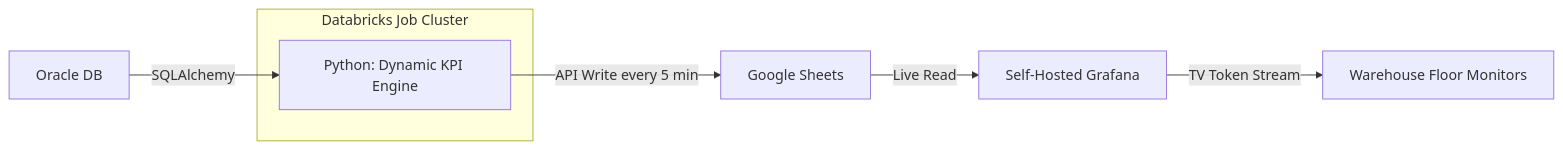
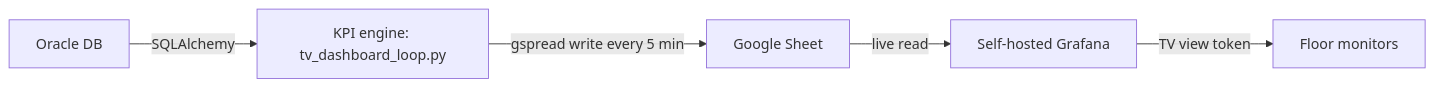
Before and after one commit to Hari-prasanna/work-prod-projects: the diagram in prod-projects/databricks-pipelines/realtime-data-stream/README.md, drawn with Mermaid. The commit also changed other lines of this file and 46 other files, not shown here.

````diff
--- a/prod-projects/databricks-pipelines/realtime-data-stream/README.md
+++ b/prod-projects/databricks-pipelines/realtime-data-stream/README.md
@@ -26,12 +14,7 @@
 ```mermaid
 graph LR
-    A[Oracle DB] -->|SQLAlchemy| B
-
-    subgraph Databricks Job Cluster
-    B[Python: Dynamic KPI Engine]
-    end
-
-    B -->|API Write every 5 min| C[Google Sheets]
-    C -->|Live Read| D[Self-Hosted Grafana]
-    D -->|TV Token Stream| E[Warehouse Floor Monitors]
+    A[Oracle DB] -->|SQLAlchemy| B[KPI engine: tv_dashboard_loop.py]
+    B -->|gspread write every 5 min| C[Google Sheet]
+    C -->|live read| D[Self-hosted Grafana]
+    D -->|TV view token| E[Floor monitors]
 ```
````
